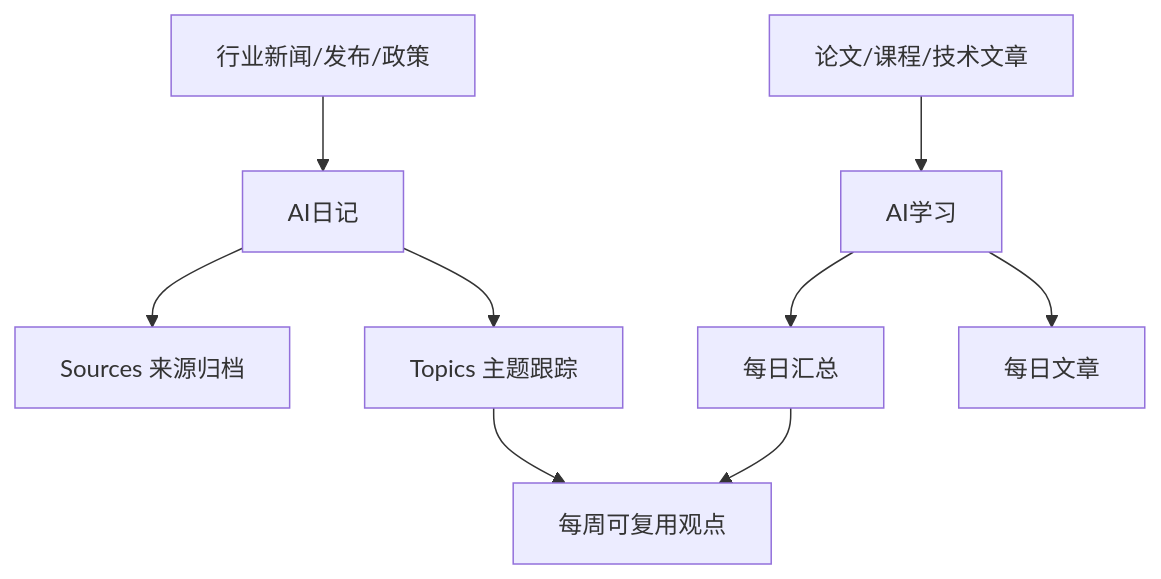
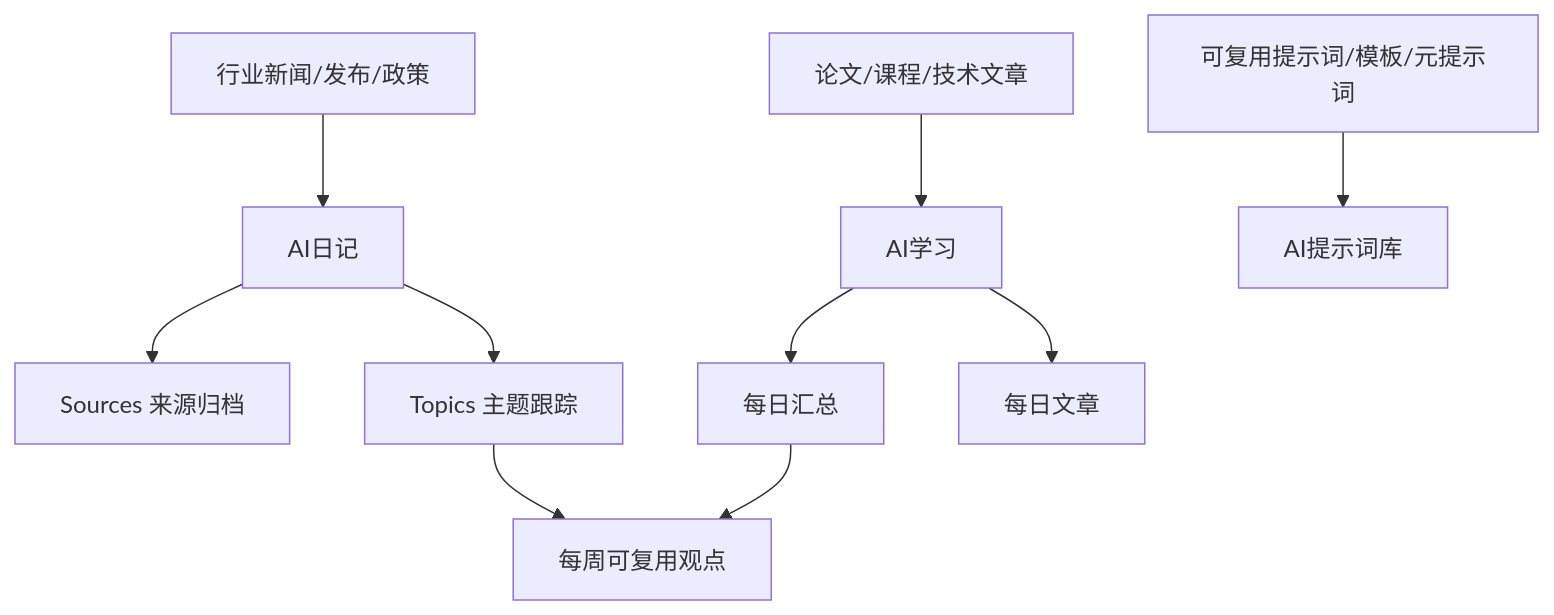
One commit to mjs618/Obsidian changed the diagram in 20-AI/00-索引.md. Above: the diagram before and after it, drawn with Mermaid. The commit also changed other lines of this file and 149 other files, not shown here.

````diff
--- a/20-AI/00-索引.md
+++ b/20-AI/00-索引.md
@@ -31,11 +33,12 @@
 ```mermaid
 flowchart TD
     News[行业新闻/发布/政策] --> Diary[AI日记]
     Paper[论文/课程/技术文章] --> Learning[AI学习]
+    Prompt[可复用提示词/模板/元提示词] --> PromptLib[AI提示词库]
     Diary --> Sources[Sources 来源归档]
     Diary --> Topics[Topics 主题跟踪]
     Learning --> DailySummary[每日汇总]
     Learning --> ArticleNotes[每日文章]
     DailySummary --> WeeklyInsight[每周可复用观点]
     Topics --> WeeklyInsight
 ```
````
